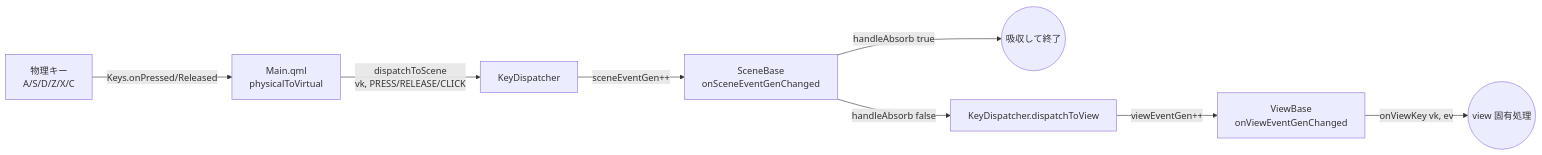
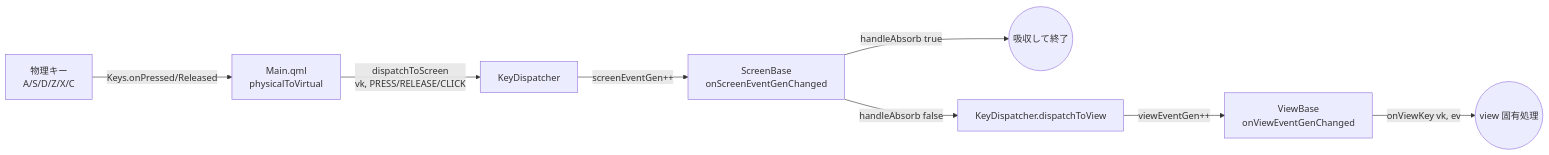
Before and after one commit to yuya-kadono/qul-loader-navigation-poc: the second of 11 diagrams in docs/flows.md, drawn with Mermaid. The commit also changed other lines of this file and 40 other files, not shown here.

````diff
--- a/docs/flows.md
+++ b/docs/flows.md
@@ -68,11 +71,11 @@
 ```mermaid
 flowchart LR
     Phys[物理キー<br>A/S/D/Z/X/C]
     Phys -->|Keys.onPressed/Released| Main[Main.qml<br>physicalToVirtual]
-    Main -->|dispatchToScene<br>vk, PRESS/RELEASE/CLICK| KD[KeyDispatcher]
-    KD -->|sceneEventGen++| SB[SceneBase<br>onSceneEventGenChanged]
+    Main -->|dispatchToScreen<br>vk, PRESS/RELEASE/CLICK| KD[KeyDispatcher]
+    KD -->|screenEventGen++| SB[ScreenBase<br>onScreenEventGenChanged]
     SB -->|handleAbsorb true| Absorbed((吸収して終了))
     SB -->|handleAbsorb false| Forward[KeyDispatcher.dispatchToView]
     Forward -->|viewEventGen++| VB[ViewBase<br>onViewEventGenChanged]
     VB -->|onViewKey vk, ev| Action((view 固有処理))
 ```
````
